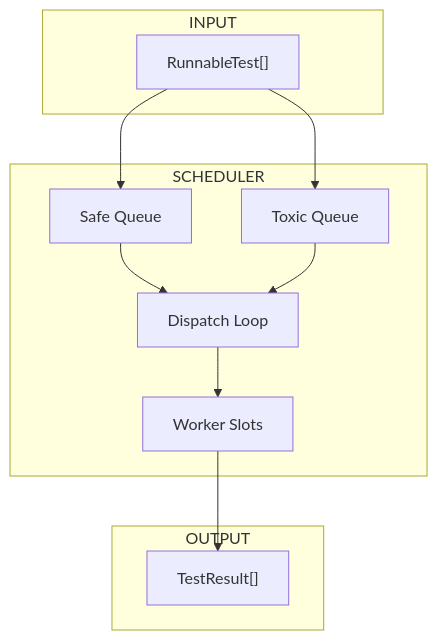
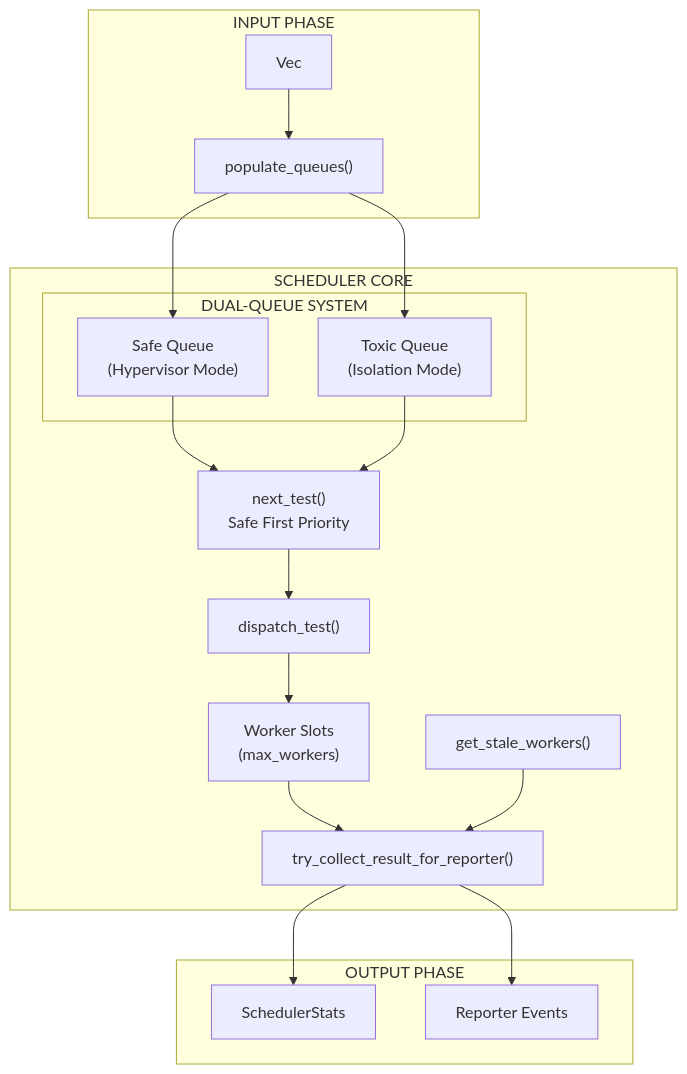
One commit to NikkeTryHard/tach-core changed the first of 2 diagrams in docs/architecture/scheduler.md. Above: the diagram before and after it, drawn with Mermaid. The commit also changed other lines of this file and 34 other files, not shown here.

````diff
--- a/docs/architecture/scheduler.md
+++ b/docs/architecture/scheduler.md
@@ -15,23 +17,37 @@
 ```mermaid
 flowchart TB
-    subgraph Input["INPUT"]
-        Tests["RunnableTest[]"]
+    subgraph Input["INPUT PHASE"]
+        Tests["Vec<RunnableTest>"]
+        Populate["populate_queues()"]
     end
 
-    subgraph Scheduler["SCHEDULER"]
-        SafeQ["Safe Queue"]
-        ToxicQ["Toxic Queue"]
-        Slots["Worker Slots"]
-        Dispatch["Dispatch Loop"]
+    subgraph Scheduler["SCHEDULER CORE"]
+        subgraph Queues["DUAL-QUEUE SYSTEM"]
+            SafeQ["Safe Queue<br/>(Hypervisor Mode)"]
+            ToxicQ["Toxic Queue<br/>(Isolation Mode)"]
+        end
+
+        NextTest["next_test()<br/>Safe First Priority"]
+        Slots["Worker Slots<br/>(max_workers)"]
+        Dispatch["dispatch_test()"]
+        Collect["try_collect_result_for_reporter()"]
+        Stale["get_stale_workers()"]
     end
 
-    subgraph Output["OUTPUT"]
-        Results["TestResult[]"]
+    subgraph Output["OUTPUT PHASE"]
+        Results["SchedulerStats"]
+        Reporter["Reporter Events"]
     end
 
-    Tests --> SafeQ
-    Tests --> ToxicQ
-    SafeQ --> Dispatch
-    ToxicQ --> Dispatch
-    Dispatch --> Slots --> Results
+    Tests --> Populate
+    Populate --> SafeQ
+    Populate --> ToxicQ
+    SafeQ --> NextTest
+    ToxicQ --> NextTest
+    NextTest --> Dispatch
+    Dispatch --> Slots
+    Slots --> Collect
+    Collect --> Reporter
+    Stale --> Collect
+    Collect --> Results
 ```
````
